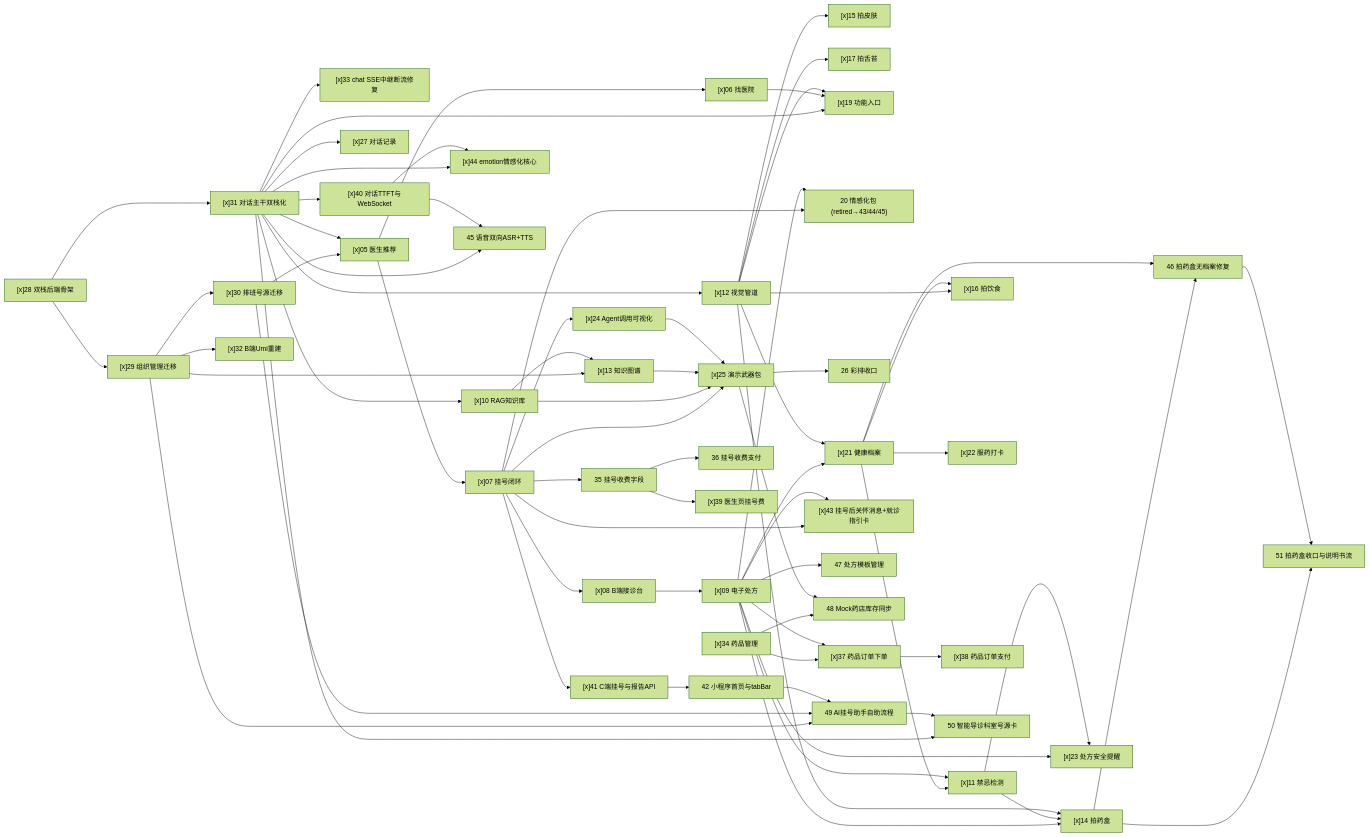
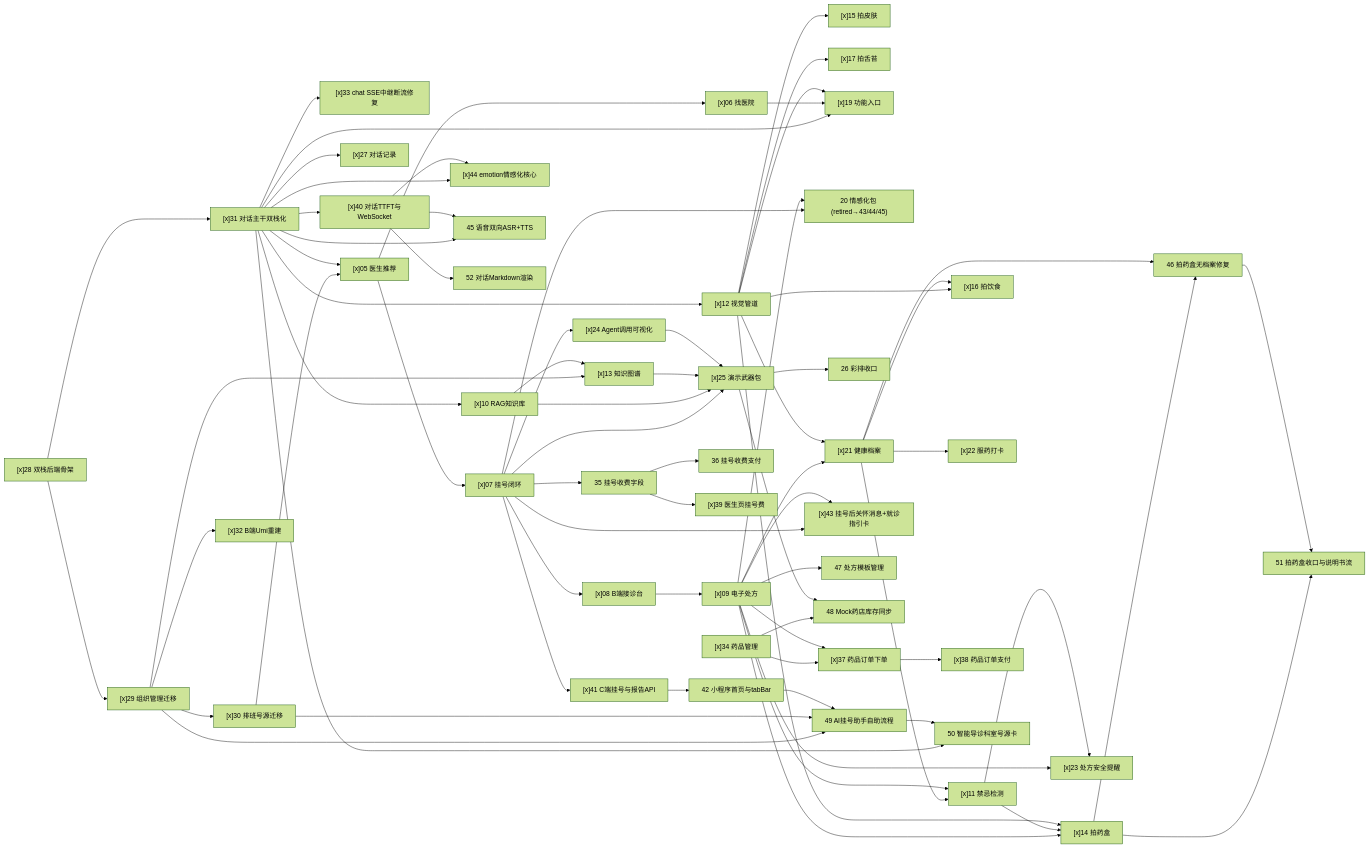
The diagram in README.md (ILoveFurina/zhiyu-health), drawn with Mermaid (forest theme) before and after one commit. The commit also changed 1 other file, not shown here.

Commit message:
docs(issues): 立项票52对话Markdown渲染，README依赖图登记T52节点

```diff
--- a/README.md
+++ b/README.md
@@ -70,6 +70,7 @@
     T49["49 AI挂号助手自助流程"]
     T50["50 智能导诊科室号源卡"]
     T51["51 拍药盒收口与说明书流"]
+    T52["52 对话Markdown渲染"]
 
     T28 --> T29
     T28 --> T31
@@ -127,6 +128,8 @@
     T14 --> T51
     T46 --> T51
 
+    T40 --> T52
+
     T21 --> T22
 
     T09 --> T23
```
